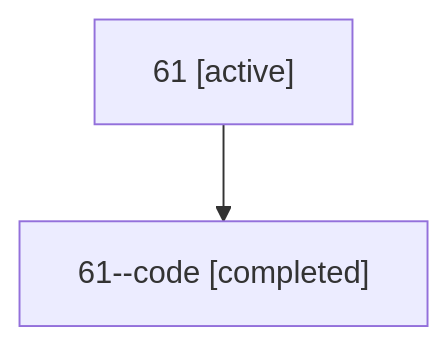
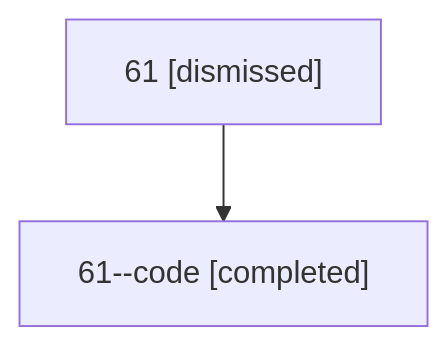
The diagram in sessions/bbugyi200.athena.61.md (bobs-org/bob-cli--agents), drawn with Mermaid before and after one commit. The commit also changed other lines of this file and 18 other files, not shown here.

````diff
--- a/sessions/bbugyi200.athena.61.md
+++ b/sessions/bbugyi200.athena.61.md
@@ -9,6 +9,6 @@
 ```mermaid
 flowchart TD
-  n0["61 [active]"]
+  n0["61 [dismissed]"]
   n1["61--code [completed]"]
   n0 --> n1
 ```
````
